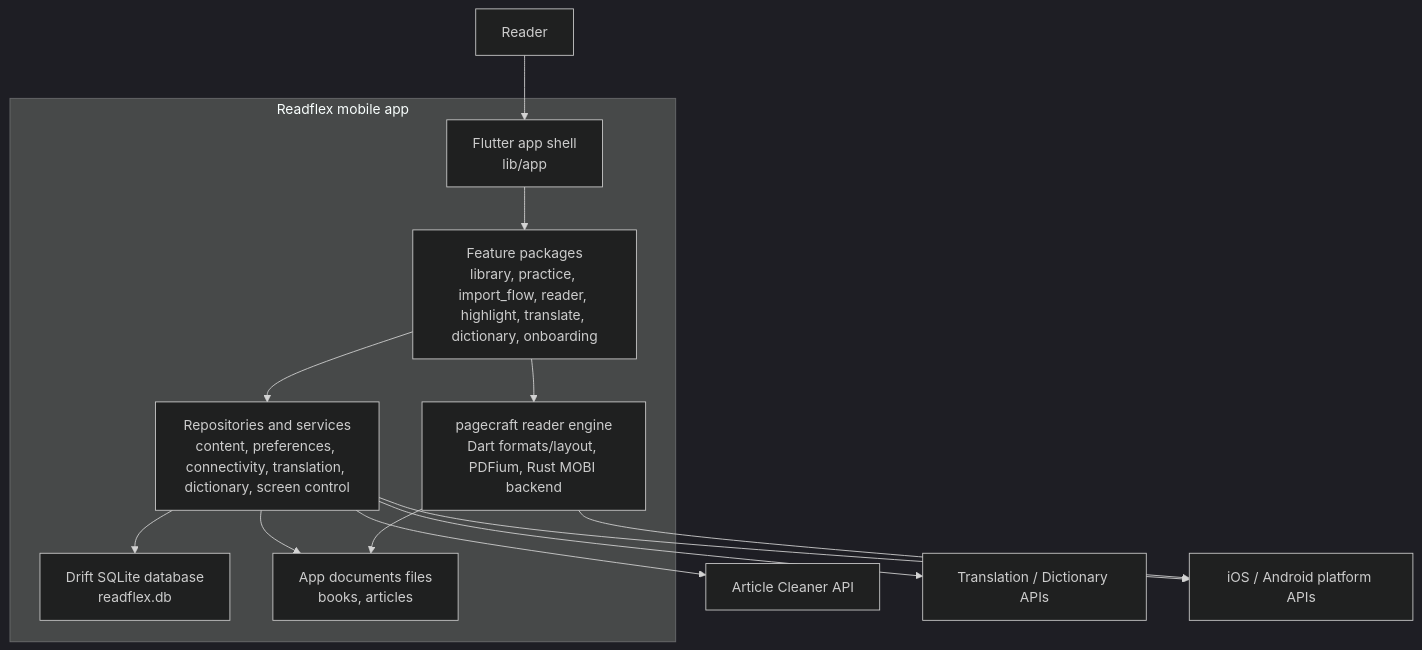
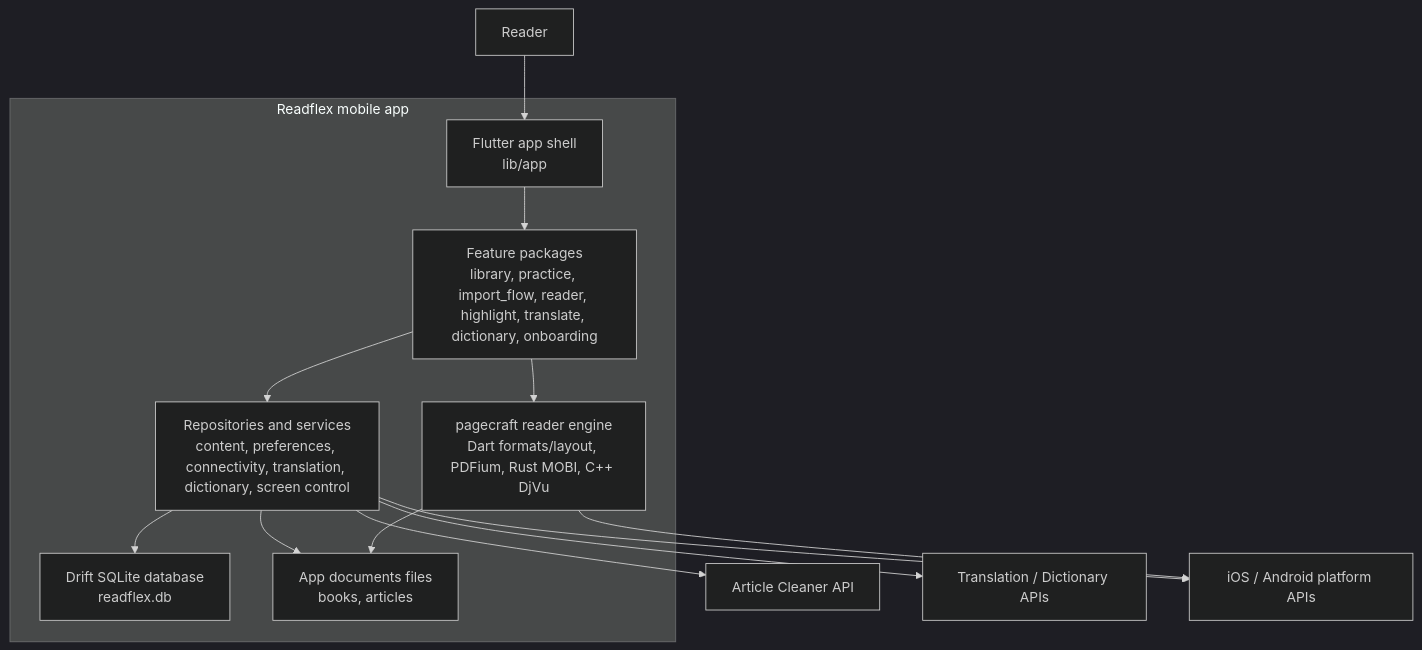
The second of 10 diagrams in C4_MODEL.md (abra/readflex), drawn with Mermaid (dark theme) before and after one commit. The commit also changed other lines of this file and 266 other files, not shown here.

````diff
--- a/C4_MODEL.md
+++ b/C4_MODEL.md
@@ -58,29 +60,29 @@
 ```mermaid
 flowchart TB
   user["Reader"]
 
   subgraph mobile["Readflex mobile app"]
     appShell["Flutter app shell\nlib/app"]
     features["Feature packages\nlibrary, practice, import_flow, reader, highlight, translate, dictionary, onboarding"]
     repos["Repositories and services\ncontent, preferences, connectivity, translation, dictionary, screen control"]
     db["Drift SQLite database\nreadflex.db"]
     files["App documents files\nbooks, articles"]
-    engine["pagecraft reader engine\nDart formats/layout, PDFium, Rust MOBI backend"]
+    engine["pagecraft reader engine\nDart formats/layout, PDFium, Rust MOBI, C++ DjVu"]
   end
 
   cleaner["Article Cleaner API"]
   remoteApis["Translation / Dictionary APIs"]
   platform["iOS / Android platform APIs"]
 
   user --> appShell
   appShell --> features
   features --> repos
   repos --> db
   repos --> files
   features --> engine
   engine --> files
   repos --> cleaner
   repos --> remoteApis
   repos --> platform
   engine --> platform
 ```
````
